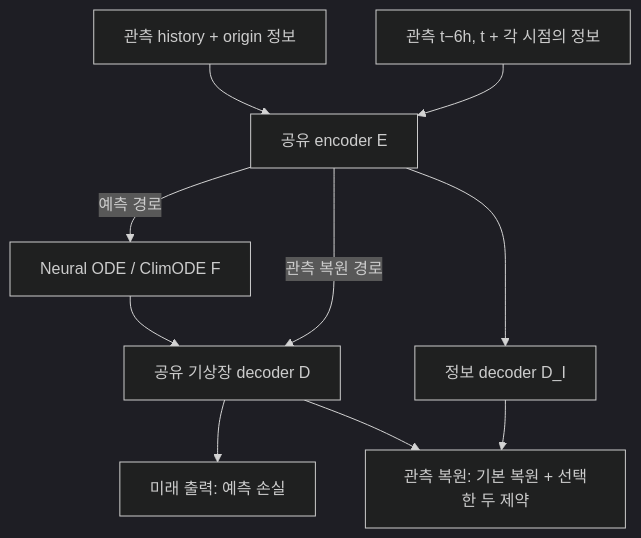
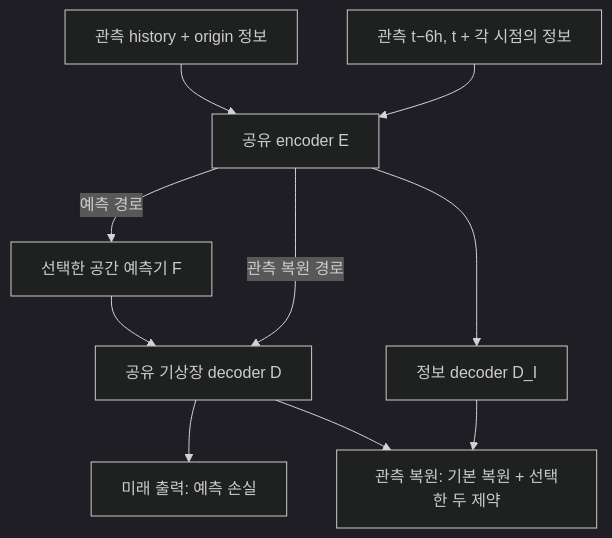
One commit to nayehyeon61-glitch/climate_manifold changed the diagram in docs/split_manifold_constraints.md. Above: the diagram before and after it, drawn with Mermaid (dark theme). The commit also changed other lines of this file and 21 other files, not shown here.

````diff
--- a/docs/split_manifold_constraints.md
+++ b/docs/split_manifold_constraints.md
@@ -7,12 +7,12 @@
 ```mermaid
 flowchart TD
     H["관측 history + origin 정보"] --> E["공유 encoder E"]
     O["관측 t−6h, t + 각 시점의 정보"] --> E
-    E -->|"예측 경로"| F["Neural ODE / ClimODE F"]
+    E -->|"예측 경로"| F["선택한 공간 예측기 F"]
     F --> D["공유 기상장 decoder D"]
     E -->|"관측 복원 경로"| D
     E --> I["정보 decoder D_I"]
     D --> P["미래 출력: 예측 손실"]
     D --> R["관측 복원: 기본 복원 + 선택한 두 제약"]
     I --> R
 ```
````
